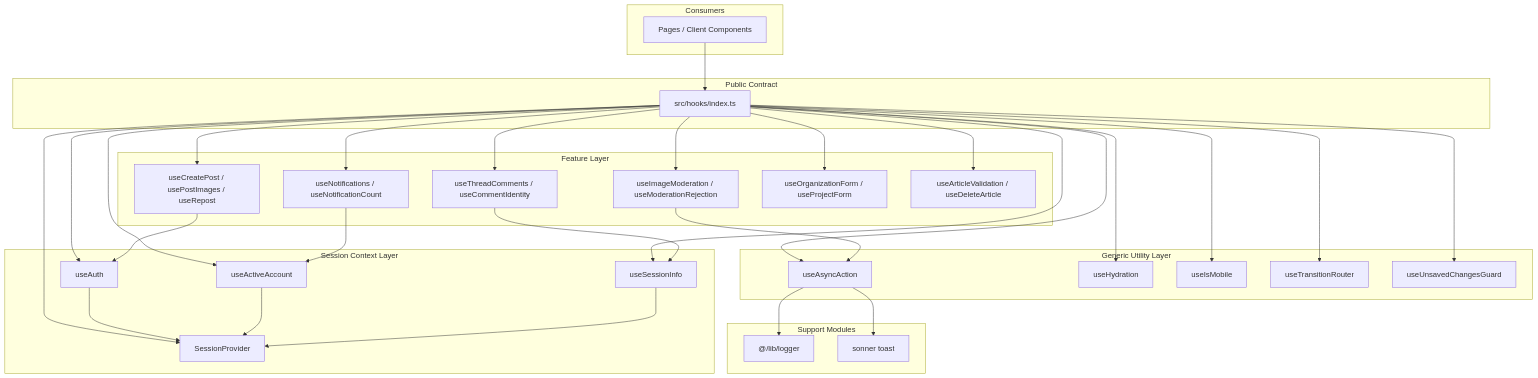
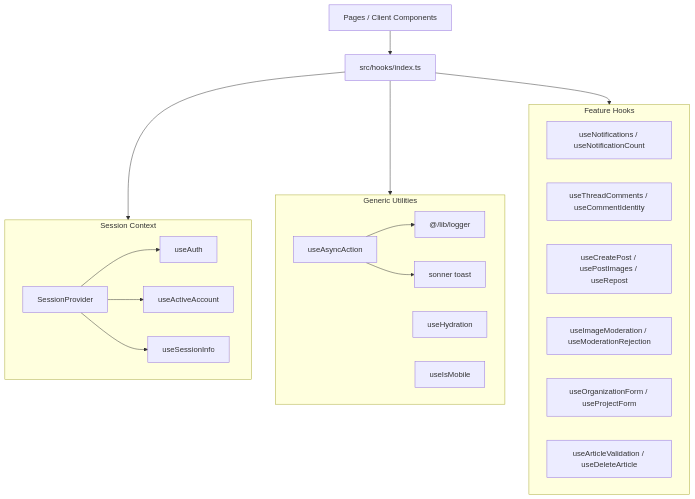
Before and after one commit to jackcasstlesjones/ozeaon-wiki: the diagram in src/content/docs/config-and-utils/hooks.md, drawn with Mermaid. The commit also changed other lines of this file and 3 other files, not shown here.

Commit message:
docs: trim config constants, hooks and utilities pages

````diff
--- a/src/content/docs/config-and-utils/hooks.md
+++ b/src/content/docs/config-and-utils/hooks.md
@@ -48,66 +25,30 @@
 ```mermaid
 flowchart TD
-    subgraph sg_Consumers["Consumers"]
-        Pages["Pages / Client Components"]
+    Pages["Pages / Client Components"] --> Index["src/hooks/index.ts"]
+
+    subgraph sg_Session["Session Context"]
+        SessionProvider --> UseAuth["useAuth"]
+        SessionProvider --> UseActiveAccount["useActiveAccount"]
+        SessionProvider --> UseSessionInfo["useSessionInfo"]
     end
 
-    subgraph sg_Barrel["Public Contract"]
-        Index["src/hooks/index.ts"]
+    subgraph sg_Generic["Generic Utilities"]
+        UseAsyncAction["useAsyncAction"] --> Logger["@/lib/logger"]
+        UseAsyncAction --> Toast["sonner toast"]
+        UseHydration["useHydration"]
+        UseIsMobile["useIsMobile"]
     end
 
-    subgraph sg_Session["Session Context Layer"]
-        SessionProvider["SessionProvider"]
-        UseAuth["useAuth"]
-        UseActiveAccount["useActiveAccount"]
-        UseSessionInfo["useSessionInfo"]
-    end
-
-    subgraph sg_Generic["Generic Utility Layer"]
-        UseAsyncAction["useAsyncAction"]
-        UseHydration["useHydration"]
-        UseIsMobile["useIsMobile"]
-        UseTransitionRouter["useTransitionRouter"]
-        UseUnsavedGuard["useUnsavedChangesGuard"]
-    end
-
-    subgraph sg_Feature["Feature Layer"]
+    subgraph sg_Feature["Feature Hooks"]
         Notifications["useNotifications / useNotificationCount"]
         Comments["useThreadComments / useCommentIdentity"]
         Posting["useCreatePost / usePostImages / useRepost"]
         Moderation["useImageModeration / useModerationRejection"]
         Forms["useOrganizationForm / useProjectForm"]
         ArticleAdmin["useArticleValidation / useDeleteArticle"]
     end
 
-    subgraph sg_Support["Support Modules"]
-        Logger["@/lib/logger"]
-        Toaster["sonner toast"]
-    end
-
-    Pages --> Index
-    Index --> SessionProvider
-    Index --> UseAuth
-    Index --> UseActiveAccount
-    Index --> UseSessionInfo
-    Index --> UseAsyncAction
-    Index --> UseHydration
-    Index --> UseIsMobile
-    Index --> UseTransitionRouter
-    Index --> UseUnsavedGuard
-    Index --> Notifications
-    Index --> Comments
-    Index --> Posting
-    Index --> Moderation
-    Index --> Forms
-    Index --> ArticleAdmin
-
-    UseAuth --> SessionProvider
-    UseActiveAccount --> SessionProvider
-    UseSessionInfo --> SessionProvider
-    Comments --> UseSessionInfo
-    Posting --> UseAuth
-    Notifications --> UseActiveAccount
-    Moderation --> UseAsyncAction
-    UseAsyncAction --> Logger
-    UseAsyncAction --> Toaster
+    Index --> sg_Session
+    Index --> sg_Generic
+    Index --> sg_Feature
 ```
````
